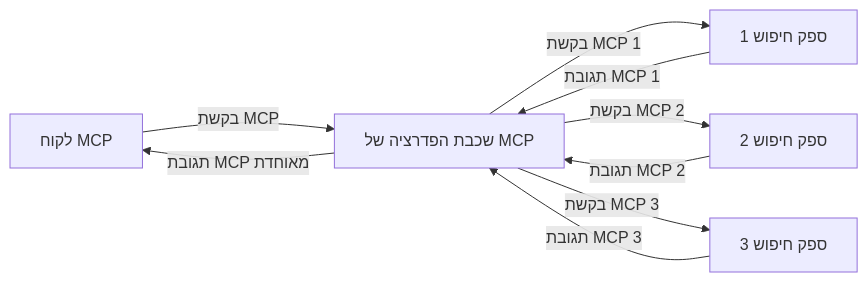
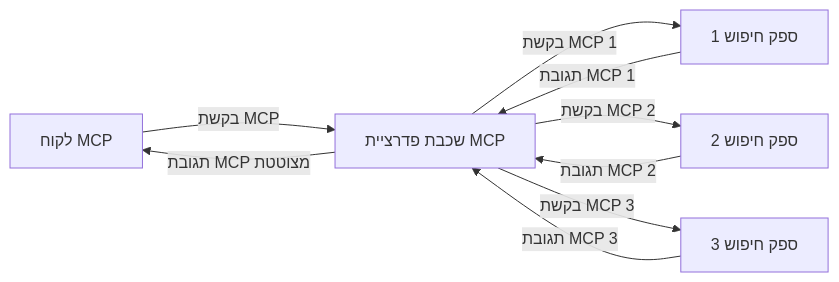
Before and after one commit to microsoft/mcp-for-beginners: the third of 4 diagrams in translations/he/05-AdvancedTopics/mcp-realtimesearch/README.md, drawn with Mermaid. The commit also changed other lines of this file and 139 other files, not shown here.

````diff
--- a/translations/he/05-AdvancedTopics/mcp-realtimesearch/README.md
+++ b/translations/he/05-AdvancedTopics/mcp-realtimesearch/README.md
@@ -610,11 +612,11 @@
 ```mermaid
 graph LR
-    Client[לקוח MCP] --> |בקשת MCP| Federation[שכבת הפדרציה של MCP]
+    Client[לקוח MCP] --> |בקשת MCP| Federation[שכבת פדרציית MCP]
     Federation --> |בקשת MCP 1| Search1[ספק חיפוש 1]
     Federation --> |בקשת MCP 2| Search2[ספק חיפוש 2]
     Federation --> |בקשת MCP 3| Search3[ספק חיפוש 3]
     Search1 --> |תגובת MCP 1| Federation
     Search2 --> |תגובת MCP 2| Federation
     Search3 --> |תגובת MCP 3| Federation
-    Federation --> |תגובת MCP מאוחדת| Client
+    Federation --> |תגובת MCP מצוטטת| Client
 ```
````
